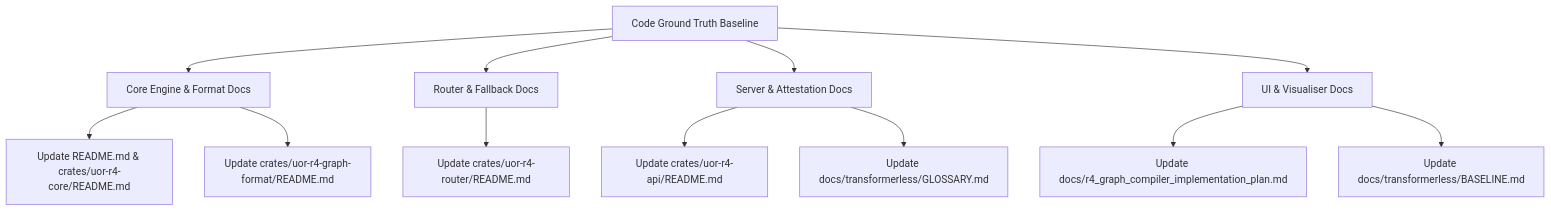
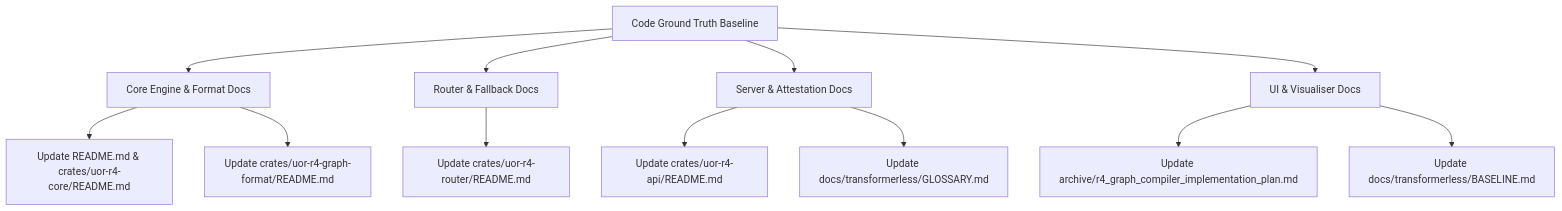
Before and after one commit to UOR-Foundation/uor-r4: the diagram in .github/DOCUMENTATION_OVERHAUL_PLAN.md, drawn with Mermaid. The commit also changed other lines of this file and 242 other files, not shown here.

````diff
--- a/.github/DOCUMENTATION_OVERHAUL_PLAN.md
+++ b/.github/DOCUMENTATION_OVERHAUL_PLAN.md
@@ -63,18 +63,18 @@
 ```mermaid
 graph TD
     A[Code Ground Truth Baseline] --> B[Core Engine & Format Docs]
     A --> C[Router & Fallback Docs]
     A --> D[Server & Attestation Docs]
     A --> E[UI & Visualiser Docs]
 
     B --> B1[Update README.md & crates/uor-r4-core/README.md]
     B --> B2[Update crates/uor-r4-graph-format/README.md]
 
     C --> C1[Update crates/uor-r4-router/README.md]
     
     D --> D1[Update crates/uor-r4-api/README.md]
     D --> D2[Update docs/transformerless/GLOSSARY.md]
 
-    E --> E1[Update docs/r4_graph_compiler_implementation_plan.md]
+    E --> E1[Update archive/r4_graph_compiler_implementation_plan.md]
     E --> E2[Update docs/transformerless/BASELINE.md]
 ```
````
